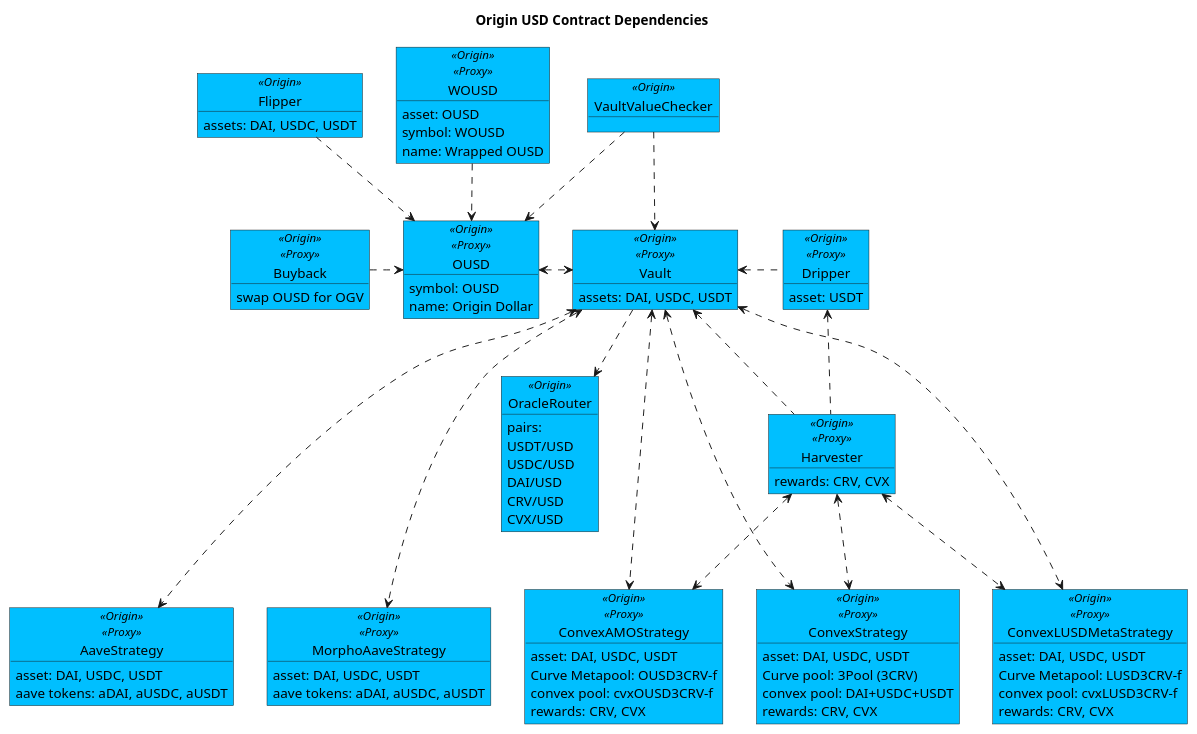
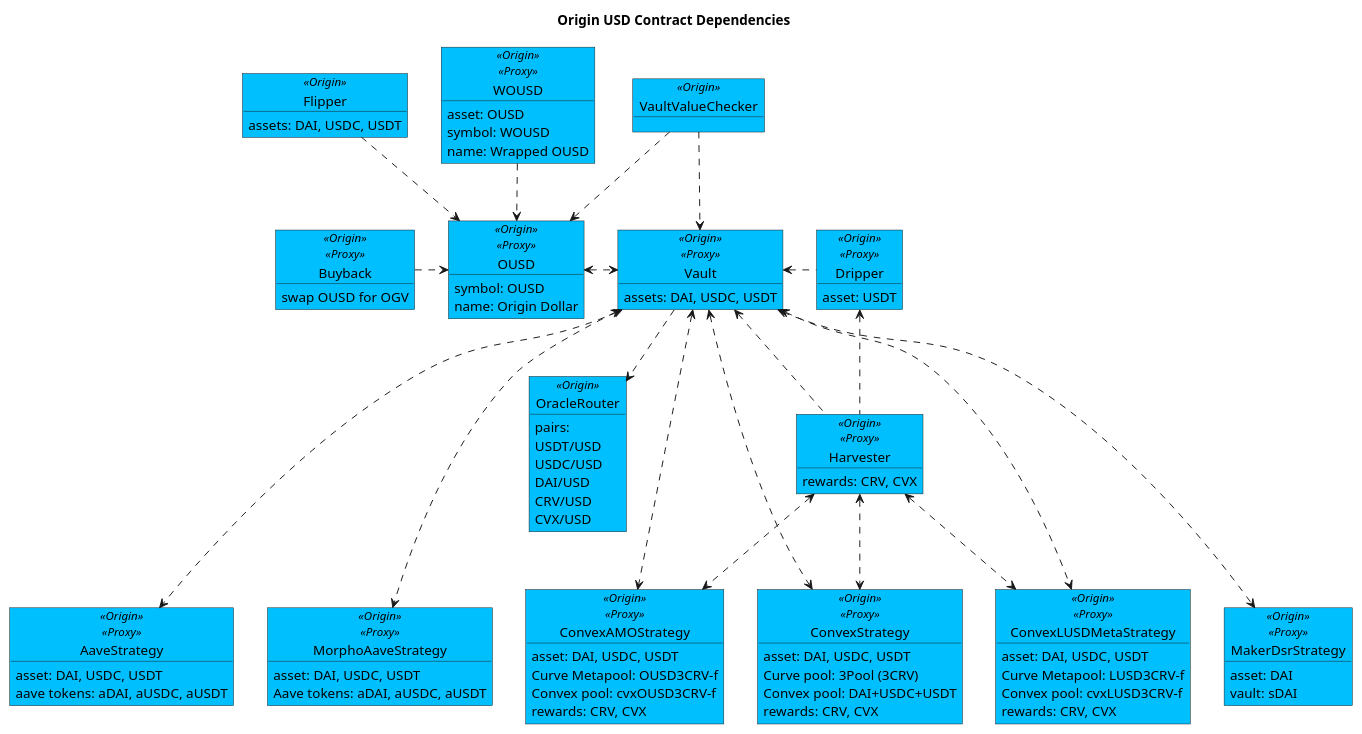
Before and after one commit to OriginProtocol/origin-dollar: the diagram in contracts/docs/plantuml/ousdContracts.puml, drawn with PlantUML. The commit also changed 1 other file, not shown here.

Commit message:
Add Maker DSR strategy to OUSD contracts diagrams

```diff
--- a/contracts/docs/plantuml/ousdContracts.puml
+++ b/contracts/docs/plantuml/ousdContracts.puml
@@ -1,119 +1,125 @@
 @startuml
 
 title "Origin USD Contract Dependencies"
 
 object "Dripper" as drip <<Origin>><<Proxy>> #DeepSkyBlue {
     asset: USDT
 }
 
 object "VaultValueChecker" as checker <<Origin>> #DeepSkyBlue {
 }
 
 object "WOUSD" as wousd <<Origin>><<Proxy>> #DeepSkyBlue {
     asset: OUSD
     symbol: WOUSD
     name: Wrapped OUSD
 }
 
 object "Flipper" as flipper <<Origin>> #DeepSkyBlue {
     assets: DAI, USDC, USDT
 }
 
 object "OUSD" as ousd <<Origin>><<Proxy>> #DeepSkyBlue {
     symbol: OUSD
     name: Origin Dollar
 }
 
 object "Vault" as vault <<Origin>><<Proxy>> #DeepSkyBlue {
     assets: DAI, USDC, USDT  
 }
 
 object "Harvester" as harv <<Origin>><<Proxy>> #DeepSkyBlue {
     rewards: CRV, CVX
 }
 
 object "Buyback" as buy <<Origin>><<Proxy>> #DeepSkyBlue {
 swap OUSD for OGV
 }
 
 ' Strategies
 object "AaveStrategy" as aaveStrat <<Origin>><<Proxy>> #DeepSkyBlue {
     asset: DAI, USDC, USDT
     aave tokens: aDAI, aUSDC, aUSDT
     ' rewards: AAVE
 }
 ' object "CompoundStrategy" as compStrat <<Origin>><<Proxy>> #DeepSkyBlue {
 '     asset: DAI, USDC, USDT
 '     compound tokens: cDAI, cUSDC, cUSDT
     ' rewards: COMP
 ' }
 object "ConvexStrategy" as cvxStrat <<Origin>><<Proxy>> #DeepSkyBlue {
     asset: DAI, USDC, USDT
     Curve pool: 3Pool (3CRV)
-    convex pool: DAI+USDC+USDT
+    Convex pool: DAI+USDC+USDT
     rewards: CRV, CVX
 }
 object "ConvexAMOStrategy" as amoStrat <<Origin>><<Proxy>> #DeepSkyBlue {
     asset: DAI, USDC, USDT
     Curve Metapool: OUSD3CRV-f
-    convex pool: cvxOUSD3CRV-f
+    Convex pool: cvxOUSD3CRV-f
     rewards: CRV, CVX
 }
 object "ConvexLUSDMetaStrategy" as cxvLusdStrat <<Origin>><<Proxy>> #DeepSkyBlue {
     asset: DAI, USDC, USDT
     Curve Metapool: LUSD3CRV-f
-    convex pool: cvxLUSD3CRV-f
+    Convex pool: cvxLUSD3CRV-f
     rewards: CRV, CVX
 }
 ' object "MorphoCompoundStrategy" as morphCompStrat <<Origin>><<Proxy>> #DeepSkyBlue {
 '     asset: DAI, USDC, USDT
-'     compound tokens: cDAI, cUSDC, cUSDT
+'     Compound tokens: cDAI, cUSDC, cUSDT
     ' rewards: COMP
 ' }
 object "MorphoAaveStrategy" as morphAaveStrat <<Origin>><<Proxy>> #DeepSkyBlue {
     asset: DAI, USDC, USDT
-    aave tokens: aDAI, aUSDC, aUSDT
+    Aave tokens: aDAI, aUSDC, aUSDT
     ' rewards: AAVE
+}
+
+object "MakerDsrStrategy" as dsrStrat <<Origin>><<Proxy>> #DeepSkyBlue {
+    asset: DAI
+    vault: sDAI
 }
 
 ' Oracle
 object "OracleRouter" as oracle <<Origin>> #DeepSkyBlue {
 pairs:
     USDT/USD
     USDC/USD
     DAI/USD
     CRV/USD
     CVX/USD 
 }
 
 vault <. drip
 
 checker ..> ousd
 checker ..> vault
 
 flipper ..> ousd
 
 vault <.. harv 
 
 wousd ..> ousd
 ousd <.> vault
 vault ..> oracle
 
 buy .> ousd
 
 ' Strategies
 vault <...> aaveStrat
 ' vault <...> compStrat
 vault <...> cvxStrat
 vault <...> amoStrat
 vault <...> cxvLusdStrat
 ' vault <...> morphCompStrat
 vault <...> morphAaveStrat
+vault <...> dsrStrat
 
 drip <.. harv
 harv <..> cvxStrat
 harv <..> amoStrat
 harv <..> cxvLusdStrat
 
 
 @enduml
```
